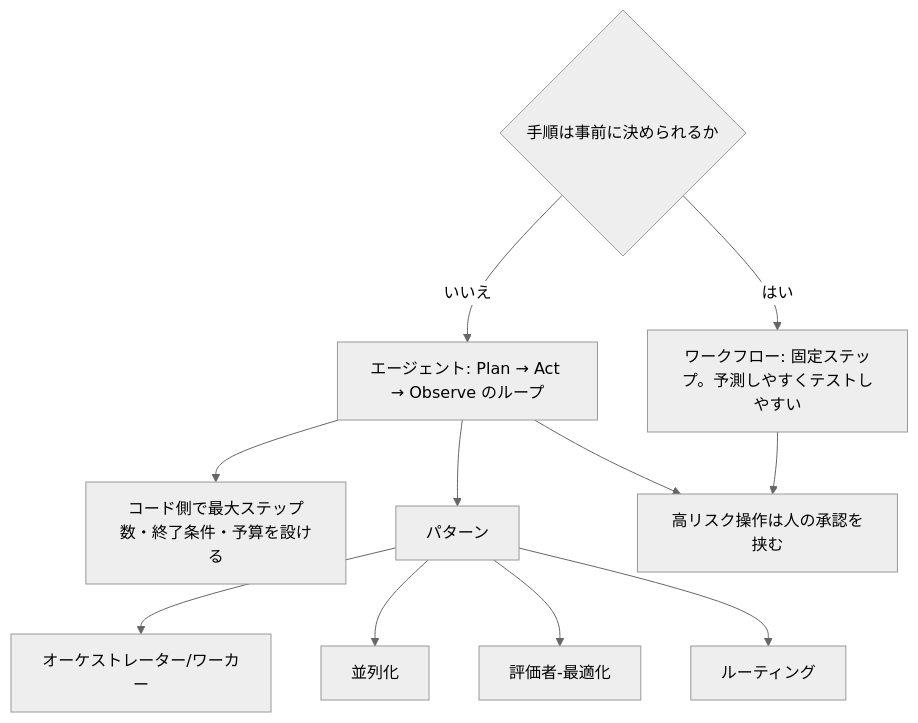
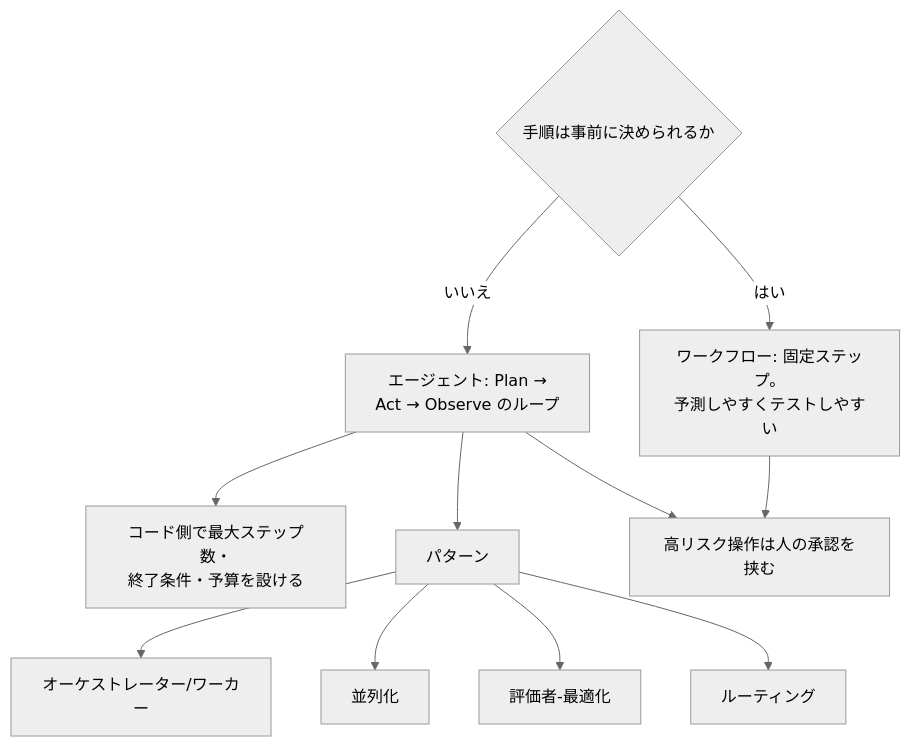
Before and after one commit to shingo0321/study: the fourth of 9 diagrams in claude/developer-foundations/overview.md, drawn with Mermaid (neutral theme). The commit also changed other lines of this file and 5 other files, not shown here.

First line of the commit message:
Mermaid俯瞰図を横スクロールなしで表示できるよう調整

````diff
--- a/claude/developer-foundations/overview.md
+++ b/claude/developer-foundations/overview.md
@@ -105,14 +105,14 @@
 ```mermaid
 flowchart TD
   Q{"手順は事前に決められるか"}
-  Q -->|"はい"| W["ワークフロー: 固定ステップ。予測しやすくテストしやすい"]
-  Q -->|"いいえ"| A["エージェント: Plan → Act → Observe のループ"]
-  A --> G["コード側で最大ステップ数・終了条件・予算を設ける"]
+  Q -->|"はい"| W["ワークフロー: 固定ステップ。<br/>予測しやすくテストしやすい"]
+  Q -->|"いいえ"| A["エージェント: Plan →<br/>Act → Observe のループ"]
+  A --> G["コード側で最大ステップ数・<br/>終了条件・予算を設ける"]
   A --> P["パターン"]
   P --> P1["オーケストレーター/ワーカー"]
   P --> P2["並列化"]
   P --> P3["評価者-最適化"]
   P --> P4["ルーティング"]
   W --> H["高リスク操作は人の承認を挟む"]
   A --> H
 ```
````
